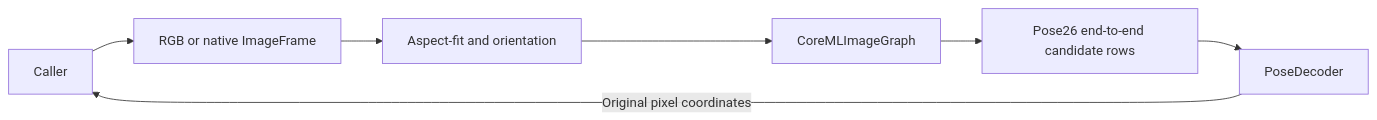
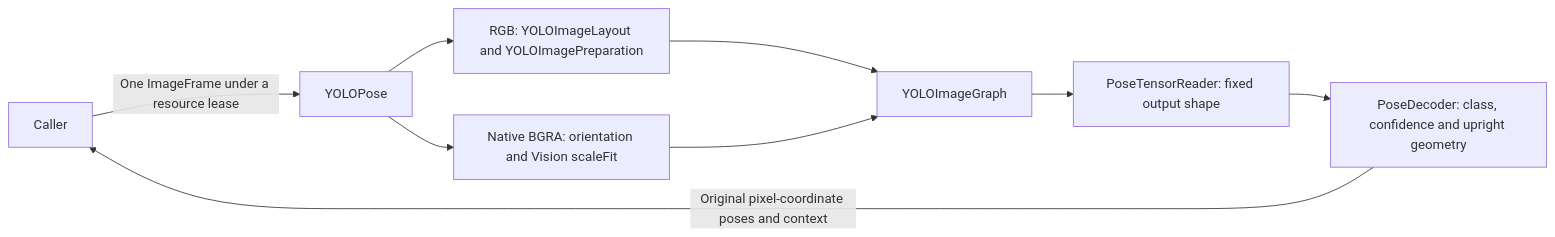
The diagram in MobileHarness/ModelKit/Vision/YOLO/README.md (devilyouwei/MobileHarness), drawn with Mermaid before and after one commit. The commit also changed other lines of this file and 102 other files, not shown here.

````diff
--- a/MobileHarness/ModelKit/Vision/YOLO/README.md
+++ b/MobileHarness/ModelKit/Vision/YOLO/README.md
@@ -15,9 +17,11 @@
 ```mermaid
 flowchart LR
- Caller --> Input[RGB or native ImageFrame]
- Input --> Layout[Aspect-fit and orientation]
- Layout --> Graph[CoreMLImageGraph]
- Graph --> Rows[Pose26 end-to-end candidate rows]
- Rows --> Decoder[PoseDecoder]
- Decoder -->|Original pixel coordinates| Caller
+ Caller -->|One ImageFrame under a resource lease| Adapter[YOLOPose]
+ Adapter --> RGB[RGB: YOLOImageLayout and YOLOImagePreparation]
+ Adapter --> Native[Native BGRA: orientation and Vision scaleFit]
+ RGB --> Graph[YOLOImageGraph]
+ Native --> Graph
+ Graph --> Reader[PoseTensorReader: fixed output shape]
+ Reader --> Decoder[PoseDecoder: class, confidence and upright geometry]
+ Decoder -->|Original pixel-coordinate poses and context| Caller
 ```
````
